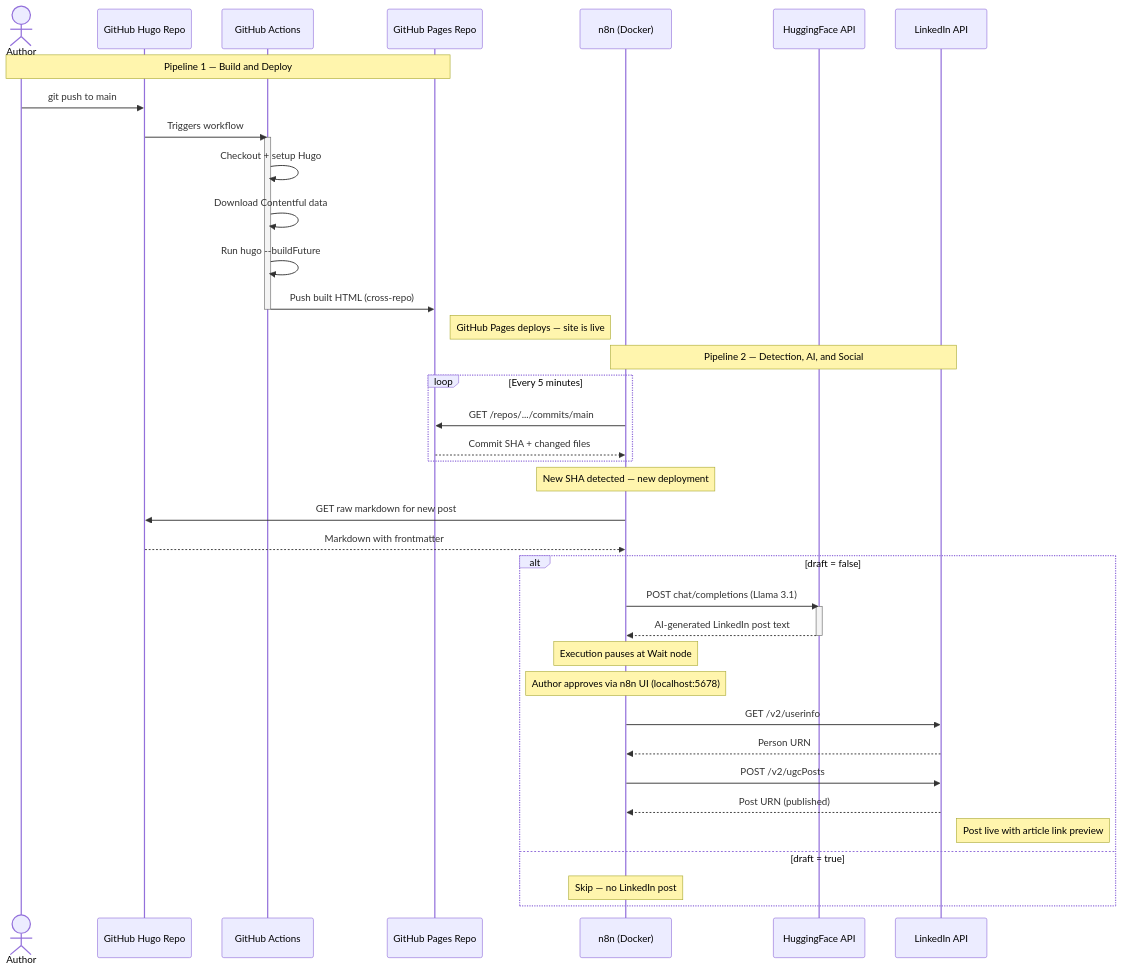
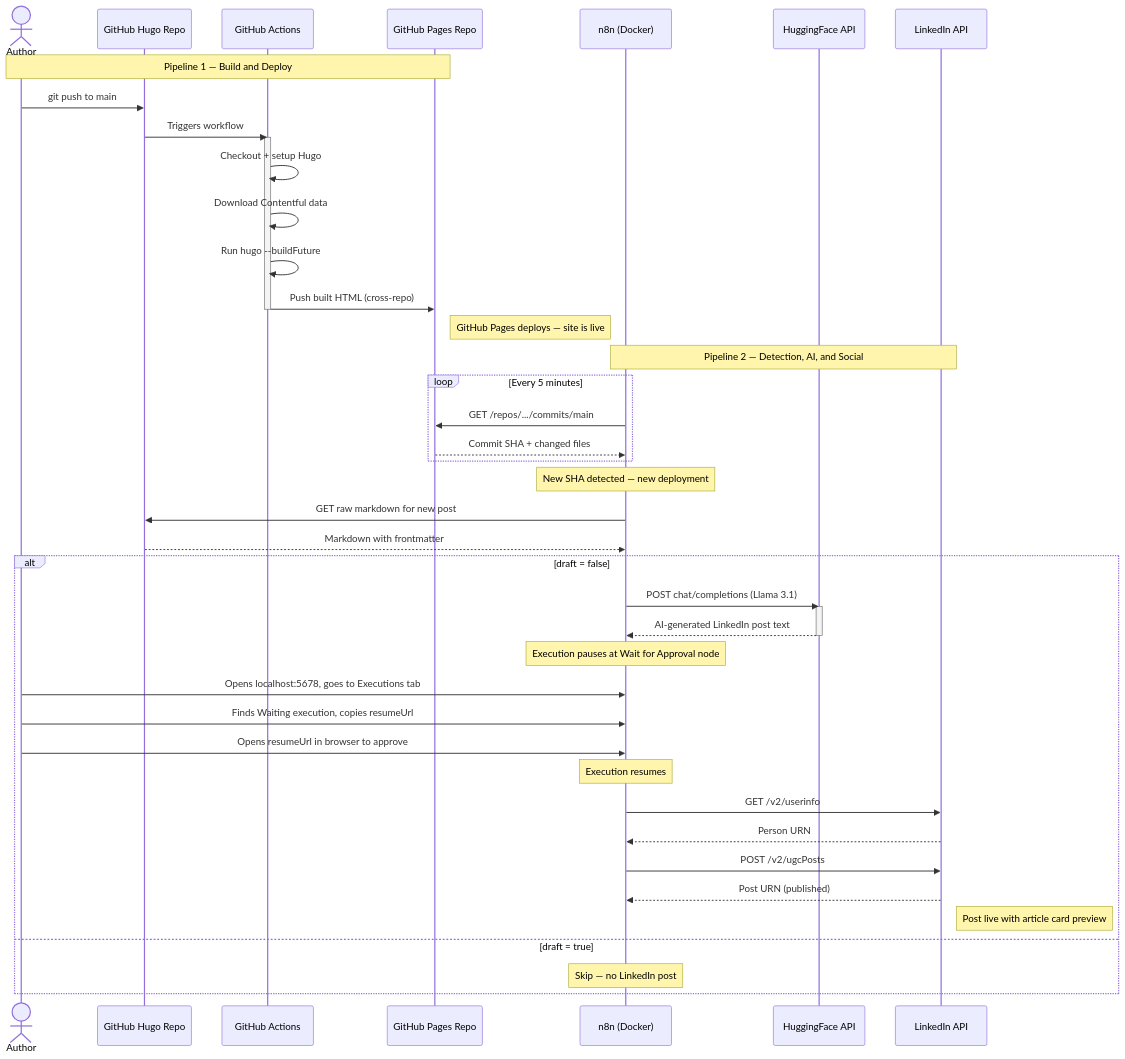
One commit to thatsmeadarsh/n8n-powered-auto-web-publish changed the fourth of 6 diagrams in docs/architecture.md. Above: the diagram before and after it, drawn with Mermaid. The commit also changed other lines of this file, not shown here.

First line of the commit message:
Fix all diagram rendering issues in architecture.md

````diff
--- a/docs/architecture.md
+++ b/docs/architecture.md
@@ -272,47 +230,50 @@
 ```mermaid
 sequenceDiagram
     actor Author
     participant HugoRepo as GitHub Hugo Repo
     participant Actions as GitHub Actions
     participant PagesRepo as GitHub Pages Repo
     participant n8n as n8n (Docker)
     participant HF as HuggingFace API
     participant LinkedIn as LinkedIn API
 
     Note over Author,PagesRepo: Pipeline 1 — Build and Deploy
     Author->>HugoRepo: git push to main
     HugoRepo->>Actions: Triggers workflow
     activate Actions
     Actions->>Actions: Checkout + setup Hugo
     Actions->>Actions: Download Contentful data
     Actions->>Actions: Run hugo --buildFuture
     Actions->>PagesRepo: Push built HTML (cross-repo)
     deactivate Actions
     Note right of PagesRepo: GitHub Pages deploys — site is live
 
     Note over n8n,LinkedIn: Pipeline 2 — Detection, AI, and Social
     loop Every 5 minutes
         n8n->>PagesRepo: GET /repos/.../commits/main
         PagesRepo-->>n8n: Commit SHA + changed files
     end
     Note over n8n: New SHA detected — new deployment
 
     n8n->>HugoRepo: GET raw markdown for new post
     HugoRepo-->>n8n: Markdown with frontmatter
 
     alt draft = false
         n8n->>HF: POST chat/completions (Llama 3.1)
         activate HF
         HF-->>n8n: AI-generated LinkedIn post text
         deactivate HF
-        Note over n8n: Execution pauses at Wait node
-        Note over n8n: Author approves via n8n UI (localhost:5678)
+        Note over n8n: Execution pauses at Wait for Approval node
+        Author->>n8n: Opens localhost:5678, goes to Executions tab
+        Author->>n8n: Finds Waiting execution, copies resumeUrl
+        Author->>n8n: Opens resumeUrl in browser to approve
+        Note over n8n: Execution resumes
         n8n->>LinkedIn: GET /v2/userinfo
         LinkedIn-->>n8n: Person URN
         n8n->>LinkedIn: POST /v2/ugcPosts
         LinkedIn-->>n8n: Post URN (published)
-        Note right of LinkedIn: Post live with article link preview
+        Note right of LinkedIn: Post live with article card preview
     else draft = true
         Note over n8n: Skip — no LinkedIn post
     end
 ```
````
